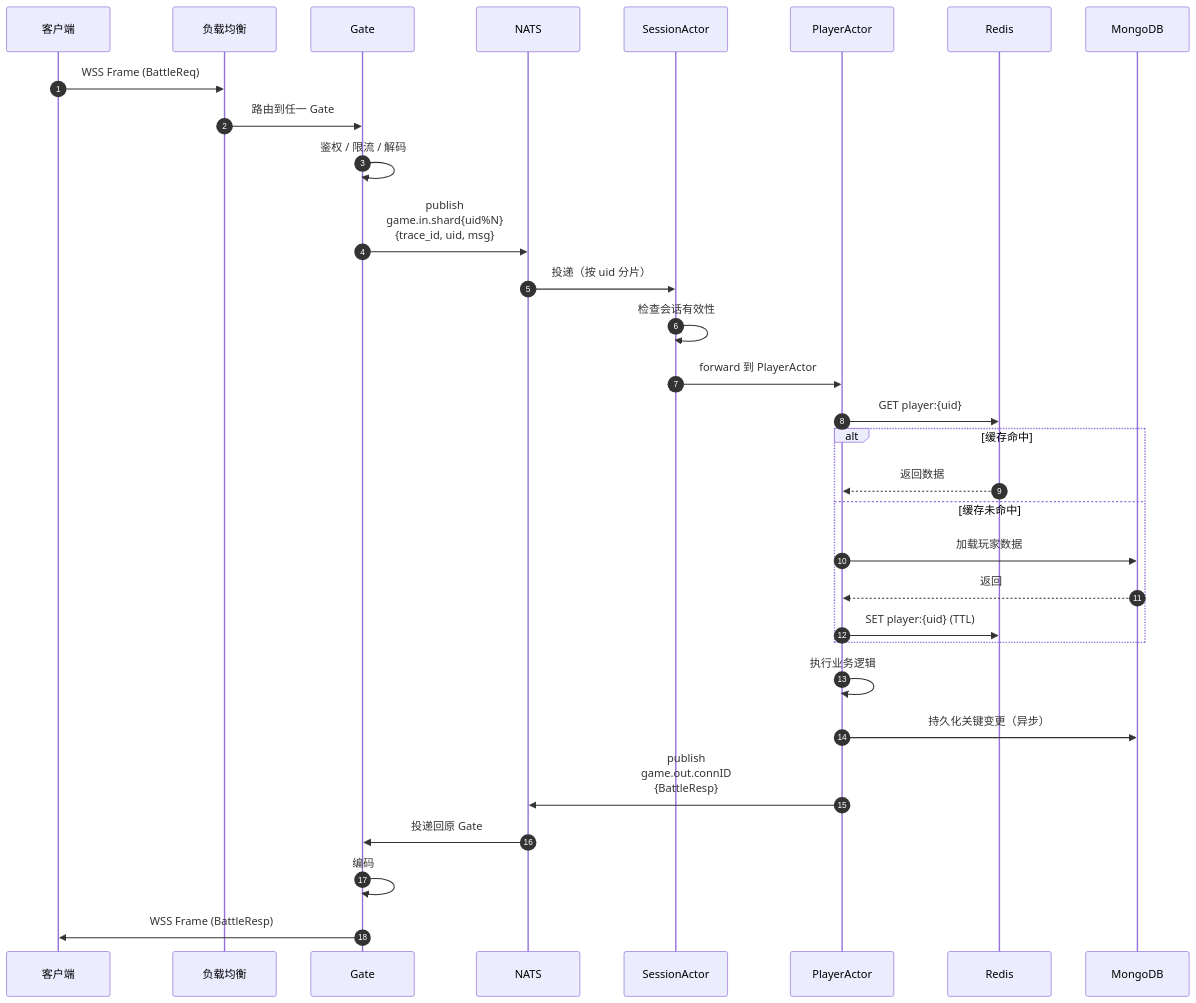
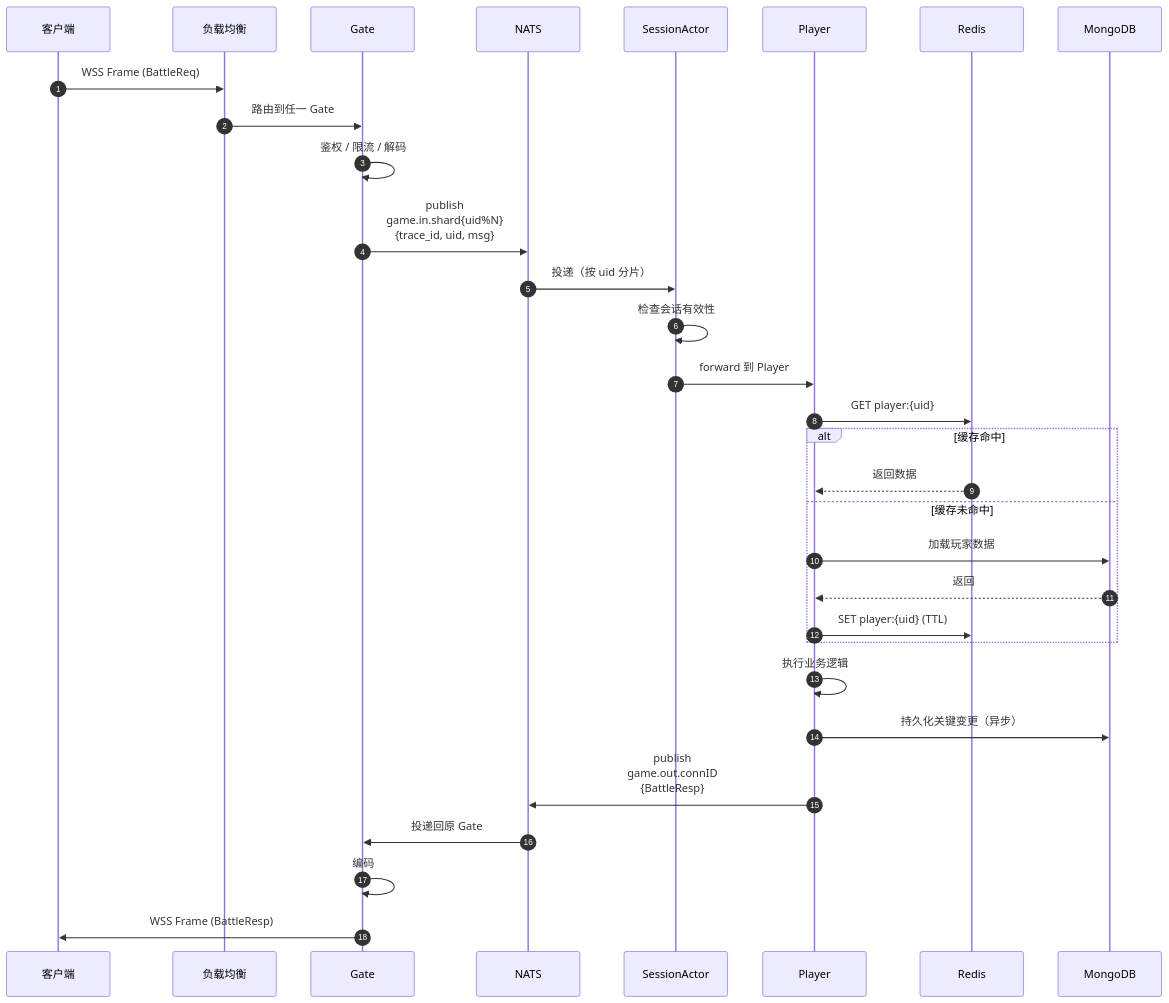
Before and after one commit to gogu-x/gogs: the second of 5 diagrams in docs/TARGET_ARCHITECTURE.md, drawn with Mermaid. The commit also changed other lines of this file and 46 other files, not shown here.

````diff
--- a/docs/TARGET_ARCHITECTURE.md
+++ b/docs/TARGET_ARCHITECTURE.md
@@ -131,38 +131,38 @@
 ```mermaid
 sequenceDiagram
     autonumber
     participant C as 客户端
     participant LB as 负载均衡
     participant GW as Gate
     participant NATS as NATS
     participant SES as SessionActor
-    participant PA as PlayerActor
+    participant PA as Player
     participant CACHE as Redis
     participant DB as MongoDB
 
     C->>LB: WSS Frame (BattleReq)
     LB->>GW: 路由到任一 Gate
     GW->>GW: 鉴权 / 限流 / 解码
     GW->>NATS: publish<br/>game.in.shard{uid%N}<br/>{trace_id, uid, msg}
 
     NATS->>SES: 投递（按 uid 分片）
     SES->>SES: 检查会话有效性
-    SES->>PA: forward 到 PlayerActor
+    SES->>PA: forward 到 Player
 
     PA->>CACHE: GET player:{uid}
     alt 缓存命中
         CACHE-->>PA: 返回数据
     else 缓存未命中
         PA->>DB: 加载玩家数据
         DB-->>PA: 返回
         PA->>CACHE: SET player:{uid} (TTL)
     end
 
     PA->>PA: 执行业务逻辑
     PA->>DB: 持久化关键变更（异步）
     PA->>NATS: publish<br/>game.out.connID<br/>{BattleResp}
 
     NATS->>GW: 投递回原 Gate
     GW->>GW: 编码
     GW->>C: WSS Frame (BattleResp)
 ```
````
